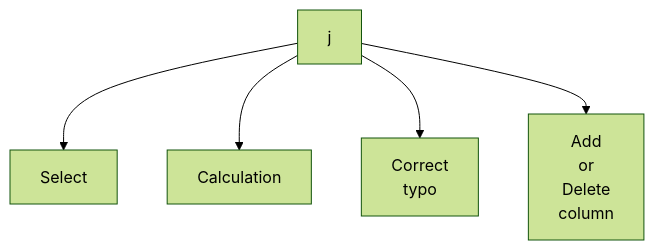
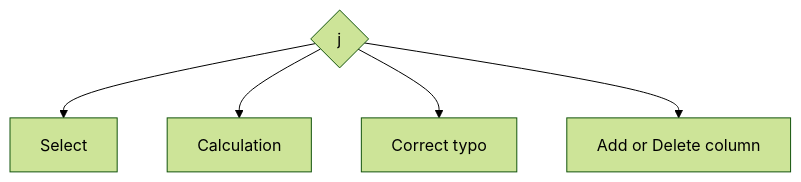
One commit to drkmenon/myknotes changed the fourth of 7 diagrams in Biomedical/Research Methodology/wrangling.qmd. Above: the diagram before and after it, drawn with Mermaid (forest theme). The commit also changed other lines of this file and 178 other files, not shown here.

````diff
--- a/Biomedical/Research Methodology/wrangling.qmd
+++ b/Biomedical/Research Methodology/wrangling.qmd
@@ -154,8 +153,8 @@
 ```{mermaid}
 flowchart TD
-j --> Select
-j --> Calculation
-j --> Correct\ntypo
-j --> Add\nor\nDelete\ncolumn
+A{j} --> B[Select]
+A --> C[Calculation]
+A --> D[Correct typo]
+A --> E[Add or Delete column]
 
 ```
````
